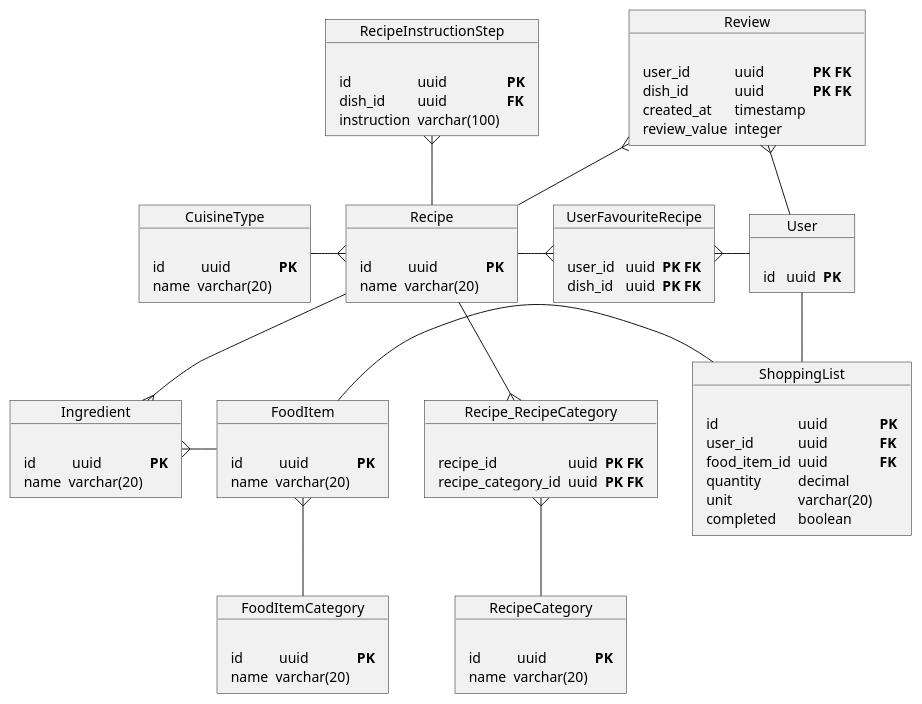
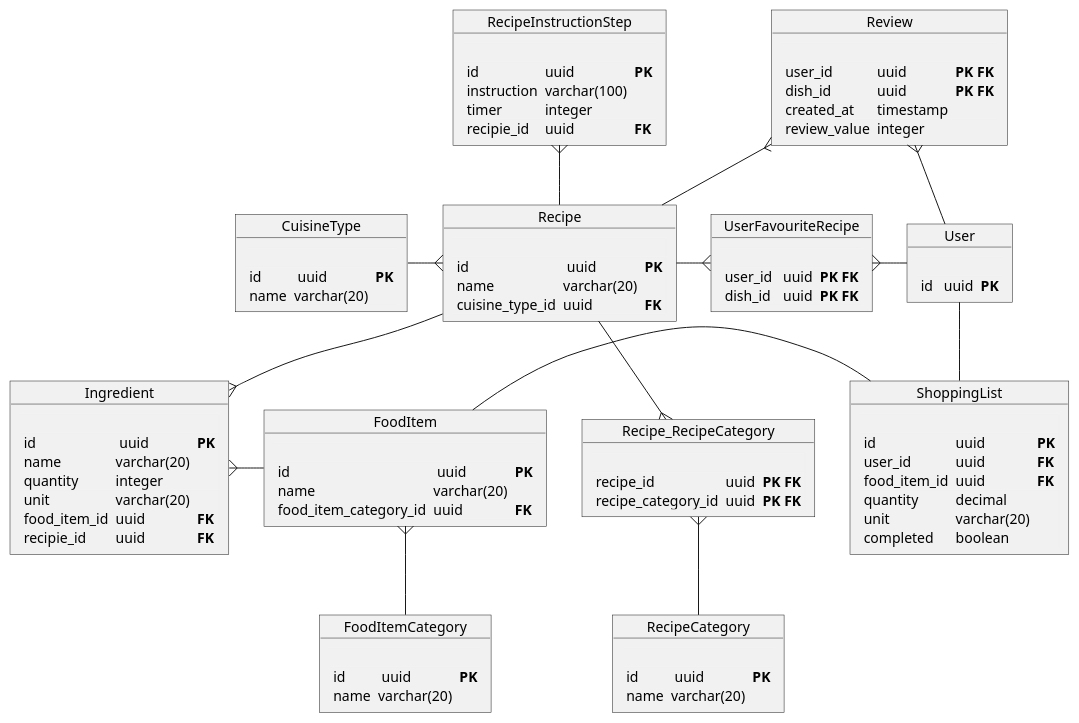
One commit to oskarski/inzynierka changed the diagram in docs/db-schema.puml. Above: the diagram before and after it, drawn with PlantUML.

Commit message:
definied schemas for `Recipe`, `CuisineType`, `RecipieInstructionStep`, `Ingridient`, `FoodItem`, `FoodItemCategory`

```diff
--- a/docs/db-schema.puml
+++ b/docs/db-schema.puml
@@ -1,93 +1,100 @@
 @startuml
 object Recipe {
     <#F1F1F1,#F1F1F1>|= |= |= |
     | id |  uuid | **PK** |
     | name | varchar(20) |
+    | cuisine_type_id | uuid | **FK** |
 }
 
 object RecipeInstructionStep {
     <#F1F1F1,#F1F1F1>|= |= |= |
     | id | uuid | **PK** |
-    | dish_id | uuid | **FK** |
     | instruction | varchar(100) |
+    | timer | integer |
+    | recipie_id | uuid | **FK** |
 }
 
 object Ingredient {
   <#F1F1F1,#F1F1F1>|= |= |= |
     | id |  uuid | **PK** |
     | name | varchar(20) |
+    | quantity | integer |
+    | unit | varchar(20) |
+    | food_item_id | uuid| **FK** |
+    | recipie_id | uuid | **FK** |
 }
 
 object FoodItem {
   <#F1F1F1,#F1F1F1>|= |= |= |
     | id |  uuid | **PK** |
     | name | varchar(20) |
+    | food_item_category_id | uuid | **FK** |
 }
 
 object FoodItemCategory {
   <#F1F1F1,#F1F1F1>|= |= |= |
     | id |  uuid | **PK** |
     | name | varchar(20) |
 }
 
 object CuisineType {
     <#F1F1F1,#F1F1F1>|= |= |= |
     | id |  uuid | **PK** |
     | name | varchar(20) |
 }
 
 object RecipeCategory {
     <#F1F1F1,#F1F1F1>|= |= |= |
     | id |  uuid | **PK** |
     | name | varchar(20) |
 }
 
 object Recipe_RecipeCategory {
     <#F1F1F1,#F1F1F1>|= |= |= |
     | recipe_id | uuid | **PK FK** |
     | recipe_category_id | uuid | **PK FK** |
 }
 
 object User {
     <#F1F1F1,#F1F1F1>|= |= |= |
     | id |  uuid | **PK** |
 }
 
 object UserFavouriteRecipe {
     <#F1F1F1,#F1F1F1>|= |= |= |
     | user_id |  uuid | **PK FK** |
     | dish_id |  uuid | **PK FK** |
 }
 
 object Review {
     <#F1F1F1,#F1F1F1>|= |= |= |
     | user_id | uuid | **PK FK** |
     | dish_id | uuid | **PK FK** |
     | created_at | timestamp | |
     | review_value | integer | |
 }
 
 object ShoppingList {
     <#F1F1F1,#F1F1F1>|= |= |= |
     | id | uuid | **PK** |
     | user_id | uuid | **FK** |
     | food_item_id | uuid | **FK** |
     | quantity | decimal | |
     | unit | varchar(20) | |
     | completed | boolean | |
 }
 
 Recipe -down-{ Ingredient
 RecipeInstructionStep }-- Recipe
 Ingredient }-right- FoodItem
 FoodItem }-- FoodItemCategory
 Recipe }-left- CuisineType
 Recipe --{ Recipe_RecipeCategory
 Recipe_RecipeCategory }-- RecipeCategory
 Recipe -right-{ UserFavouriteRecipe
 UserFavouriteRecipe }-right- User
 Recipe -up-{ Review
 Review }-down- User
 User -- ShoppingList
 ShoppingList -left- FoodItem
 @enduml
```
